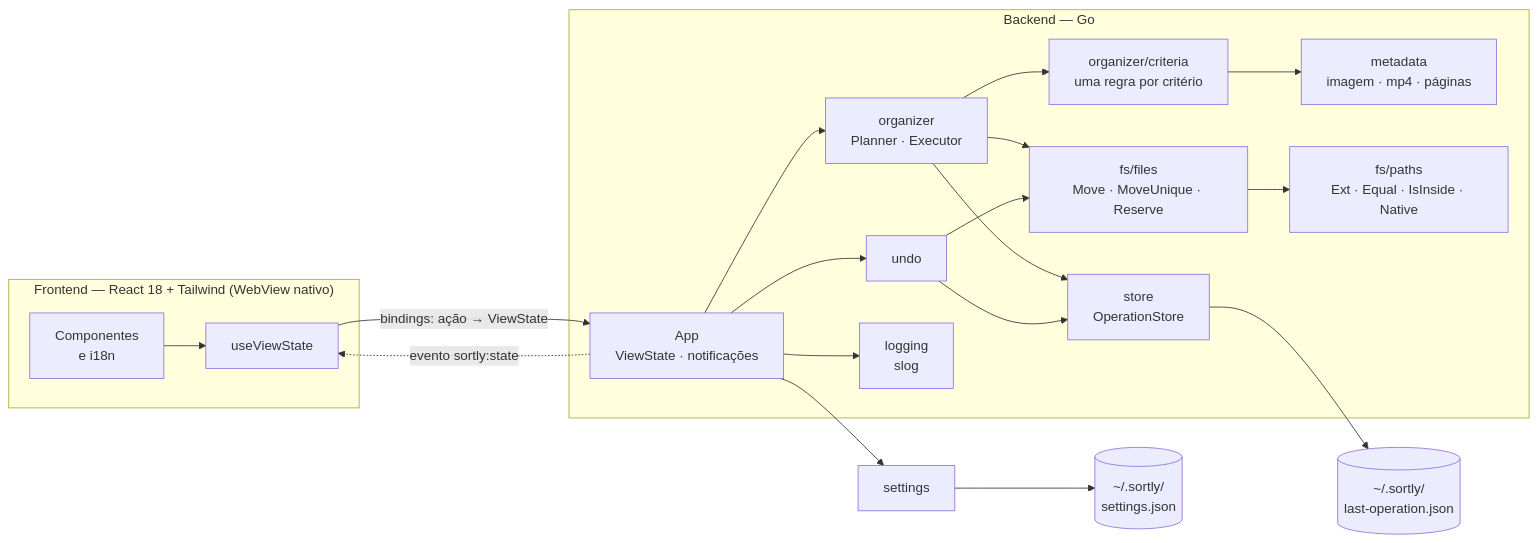
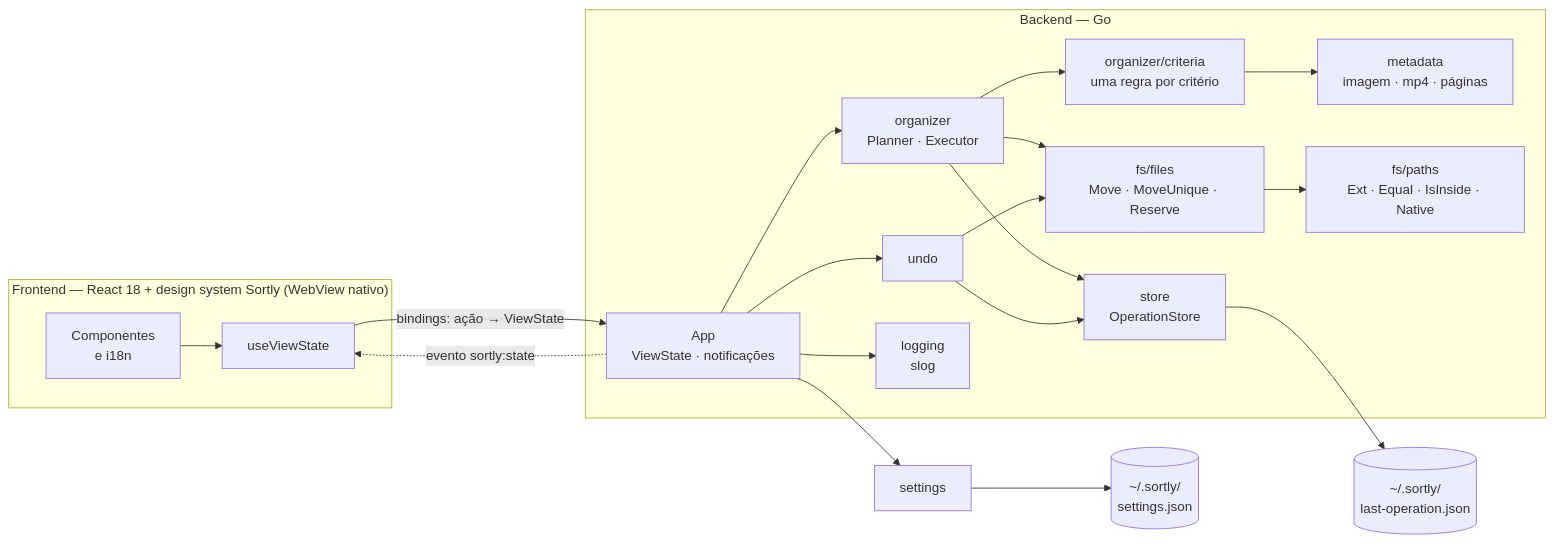
Before and after one commit to caiofdev/sortly: the diagram in docs/architecture.md, drawn with Mermaid. The commit also changed other lines of this file and 5 other files, not shown here.

Commit message:
docs(sortly-74): ADR 0006, arquitetura do frontend e CHANGELOG

````diff
--- a/docs/architecture.md
+++ b/docs/architecture.md
@@ -11,23 +11,23 @@
 ```mermaid
 flowchart LR
-  subgraph Frontend["Frontend — React 18 + Tailwind (WebView nativo)"]
+  subgraph Frontend["Frontend — React 18 + design system Sortly (WebView nativo)"]
     UI[Componentes<br/>e i18n] --> VS[useViewState]
   end
   VS -- "bindings: ação → ViewState" --> App
   App -. "evento sortly:state" .-> VS
   subgraph Backend["Backend — Go"]
     App[App<br/>ViewState · notificações] --> Org[organizer<br/>Planner · Executor]
     Org --> Crit[organizer/criteria<br/>uma regra por critério]
     App --> Undo[undo]
     Crit --> Meta[metadata<br/>imagem · mp4 · páginas]
     Org --> Files[fs/files<br/>Move · MoveUnique · Reserve]
     Undo --> Files
     Files --> Paths[fs/paths<br/>Ext · Equal · IsInside · Native]
     Org --> Store[store<br/>OperationStore]
     Undo --> Store
     App --> Log[logging<br/>slog]
   end
   Store --> JSON[(~/.sortly/<br/>last-operation.json)]
   App --> Settings[settings]
   Settings --> Prefs[(~/.sortly/<br/>settings.json)]
 ```
````
